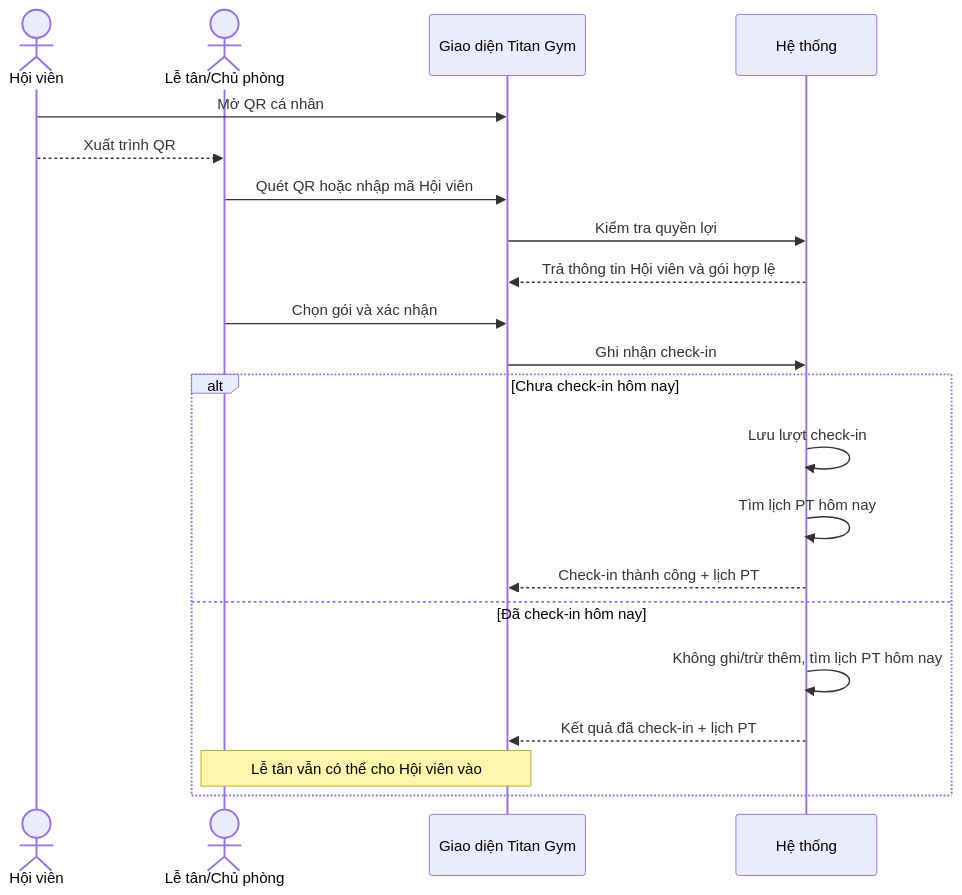
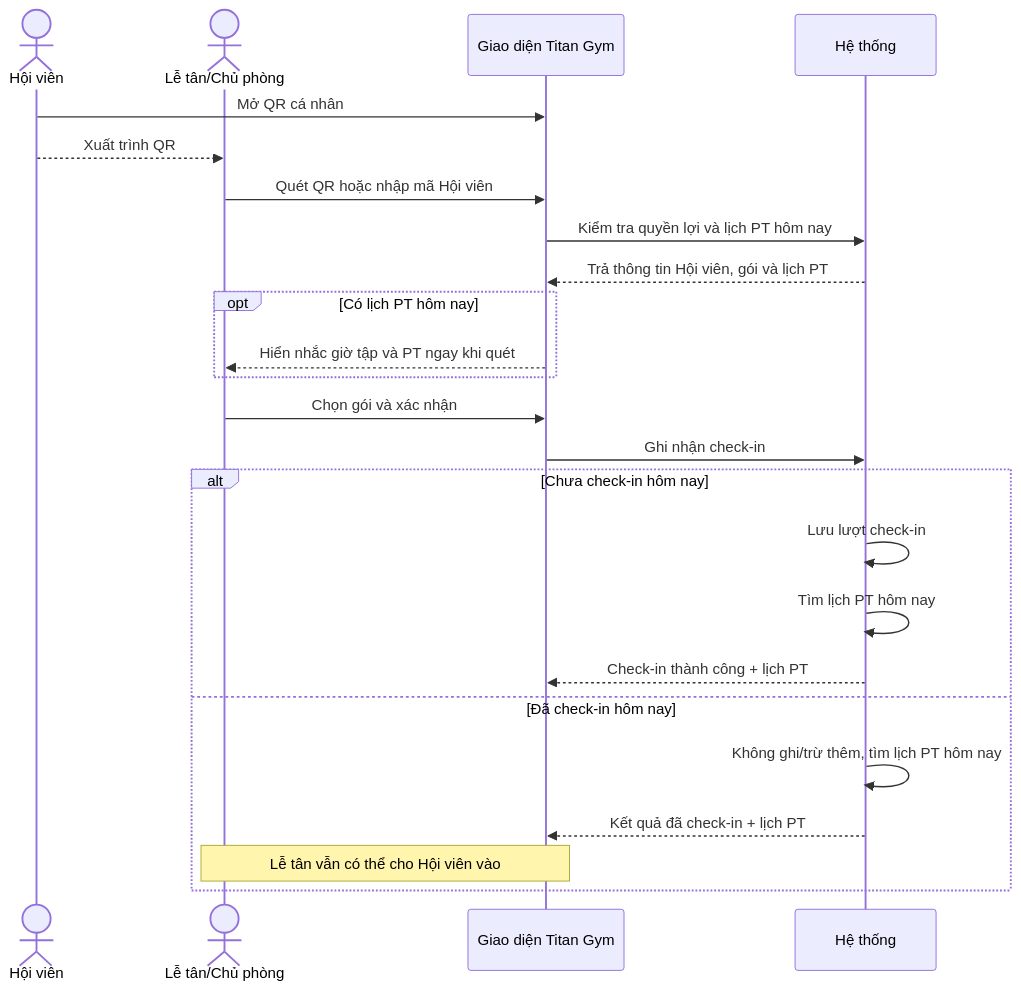
Before and after one commit to vhoanglong54/CNPM_GYM: the fourth of 5 diagrams in docs/06-UML-Diagrams/Sequences.md, drawn with Mermaid. The commit also changed other lines of this file and 10 other files, not shown here.

````diff
--- a/docs/06-UML-Diagrams/Sequences.md
+++ b/docs/06-UML-Diagrams/Sequences.md
@@ -127,25 +132,28 @@
 ```mermaid
 sequenceDiagram
   actor M as Hội viên
   actor S as Lễ tân/Chủ phòng
   participant UI as Giao diện Titan Gym
   participant SYS as Hệ thống
 
   M->>UI: Mở QR cá nhân
   M-->>S: Xuất trình QR
   S->>UI: Quét QR hoặc nhập mã Hội viên
-  UI->>SYS: Kiểm tra quyền lợi
-  SYS-->>UI: Trả thông tin Hội viên và gói hợp lệ
+  UI->>SYS: Kiểm tra quyền lợi và lịch PT hôm nay
+  SYS-->>UI: Trả thông tin Hội viên, gói và lịch PT
+  opt Có lịch PT hôm nay
+    UI-->>S: Hiển nhắc giờ tập và PT ngay khi quét
+  end
   S->>UI: Chọn gói và xác nhận
   UI->>SYS: Ghi nhận check-in
 
   alt Chưa check-in hôm nay
     SYS->>SYS: Lưu lượt check-in
     SYS->>SYS: Tìm lịch PT hôm nay
     SYS-->>UI: Check-in thành công + lịch PT
   else Đã check-in hôm nay
     SYS->>SYS: Không ghi/trừ thêm, tìm lịch PT hôm nay
     SYS-->>UI: Kết quả đã check-in + lịch PT
     Note over S,UI: Lễ tân vẫn có thể cho Hội viên vào
   end
 ```
````
